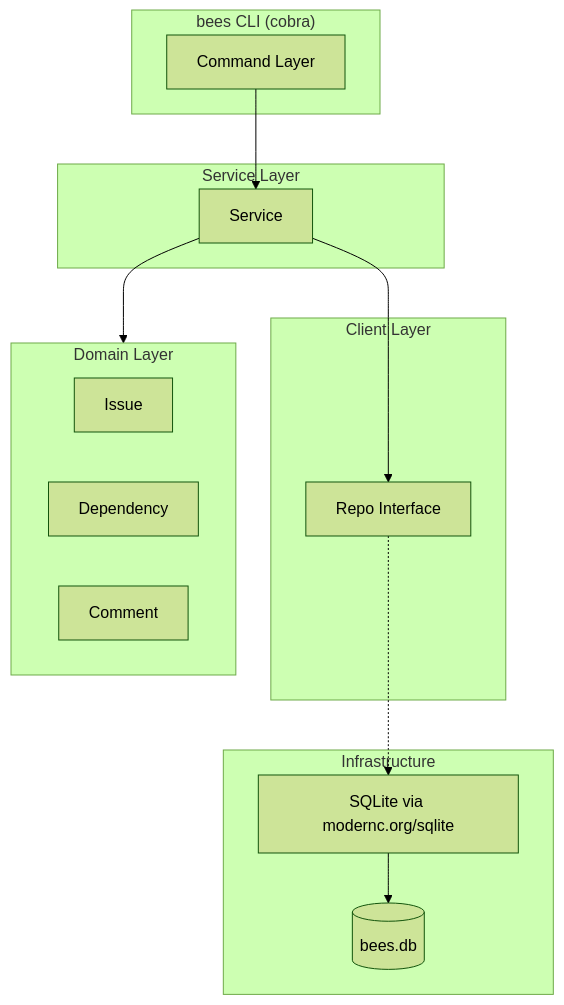
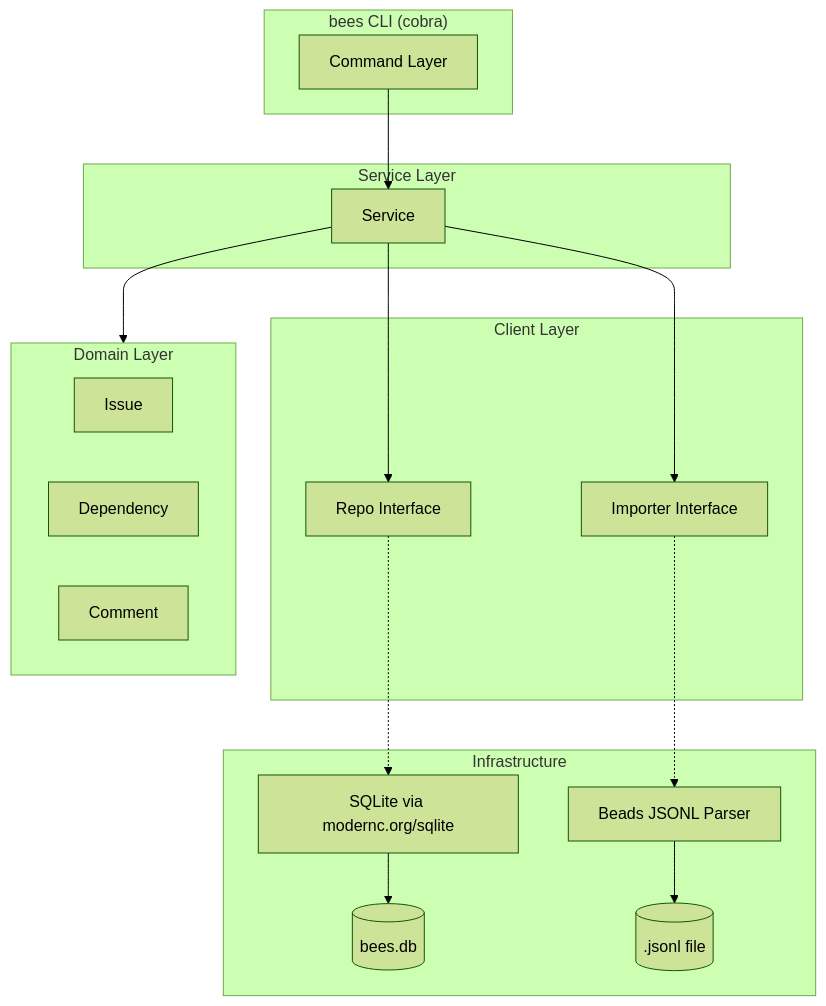
The first of 2 diagrams in README.md (w-h-a/bees), drawn with Mermaid (forest theme) before and after one commit. The commit also changed other lines of this file and 16 other files, not shown here.

````diff
--- a/README.md
+++ b/README.md
@@ -19,31 +19,37 @@
 ```mermaid
 graph TD
   subgraph CLI ["bees CLI (cobra)"]
     CMD[Command Layer]
   end
 
   subgraph Service ["Service Layer"]
     SVC[Service]
   end
 
   subgraph Client ["Client Layer"]
     REPO_IF[Repo Interface]
+    IMP_IF[Importer Interface]
   end
 
   subgraph Infra ["Infrastructure"]
     SQLITE[SQLite via modernc.org/sqlite]
     DB[(bees.db)]
+    BEADS[Beads JSONL Parser]
+    JSONL[(.jsonl file)]
   end
 
   subgraph Domain ["Domain Layer"]
     ISSUE[Issue]
     DEP[Dependency]
     COMMENT[Comment]
   end
 
   CMD --> SVC
   SVC --> Domain
   SVC --> REPO_IF
+  SVC --> IMP_IF
   REPO_IF -.-> SQLITE
   SQLITE --> DB
+  IMP_IF -.-> BEADS
+  BEADS --> JSONL
 ```
````
